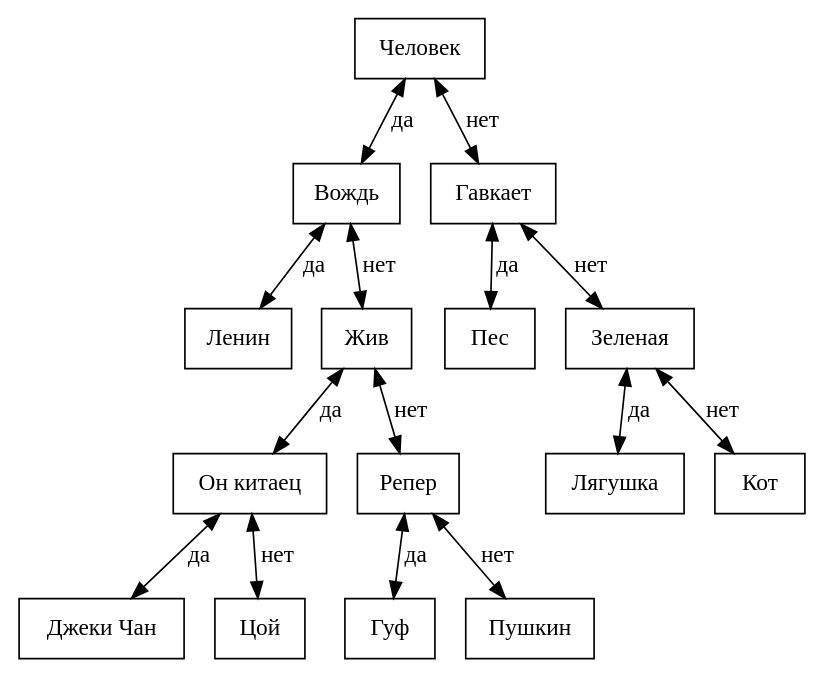
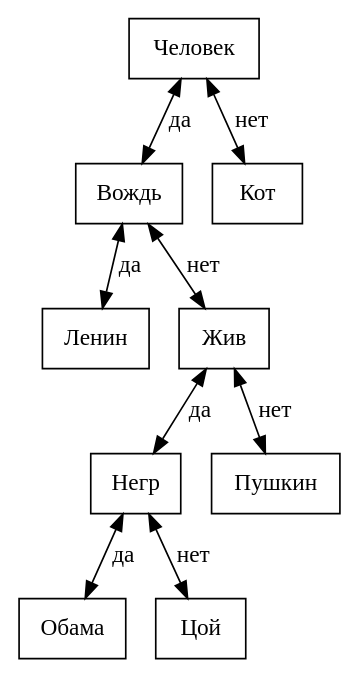
The diagram in Akinator/Debug/graph_tree2.gv (isgerasin/1sem), drawn with Graphviz before and after one commit. The commit also changed 31 other files, not shown here.

```diff
--- a/Akinator/Debug/graph_tree2.gv
+++ b/Akinator/Debug/graph_tree2.gv
@@ -1,18 +1,12 @@
 digraph Tree
 {
 	node[shape =polygon]; edge[dir=both];
 	"Человек"->"Вождь"[label = да]
 	"Вождь"->"Ленин"[label = да]
 	"Вождь"->"Жив"[label = нет]
-	"Жив"->"Он китаец"[label = да]
-	"Он китаец"->"Джеки Чан"[label = да]
-	"Он китаец"->"Цой"[label = нет]
-	"Жив"->"Репер"[label = нет]
-	"Репер"->"Гуф"[label = да]
-	"Репер"->"Пушкин"[label = нет]
-	"Человек"->"Гавкает"[label = нет]
-	"Гавкает"->"Пес"[label = да]
-	"Гавкает"->"Зеленая"[label = нет]
-	"Зеленая"->"Лягушка"[label = да]
-	"Зеленая"->"Кот"[label = нет]
+	"Жив"->"Негр"[label = да]
+	"Негр"->"Обама"[label = да]
+	"Негр"->"Цой"[label = нет]
+	"Жив"->"Пушкин"[label = нет]
+	"Человек"->"Кот"[label = нет]
 }
```
